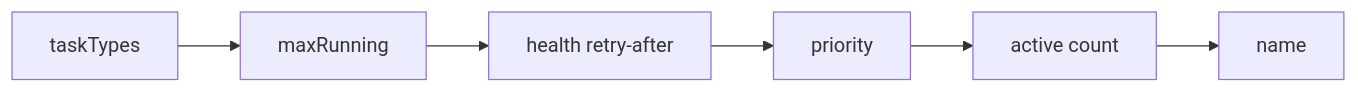
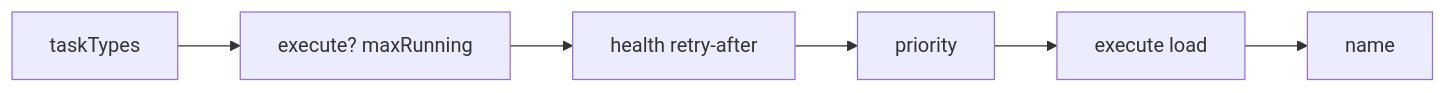
Before and after one commit to jygzyc/peak: the first of 8 diagrams in docs/data-flow.md, drawn with Mermaid. The commit also changed other lines of this file and 70 other files, not shown here.

````diff
--- a/docs/data-flow.md
+++ b/docs/data-flow.md
@@ -397,4 +398,4 @@
 ```mermaid
 flowchart LR
-  A["taskTypes"] --> B["maxRunning"] --> C["health retry-after"] --> D["priority"] --> E["active count"] --> F["name"]
+  A["taskTypes"] --> B["execute? maxRunning"] --> C["health retry-after"] --> D["priority"] --> E["execute load"] --> F["name"]
 ```
````
